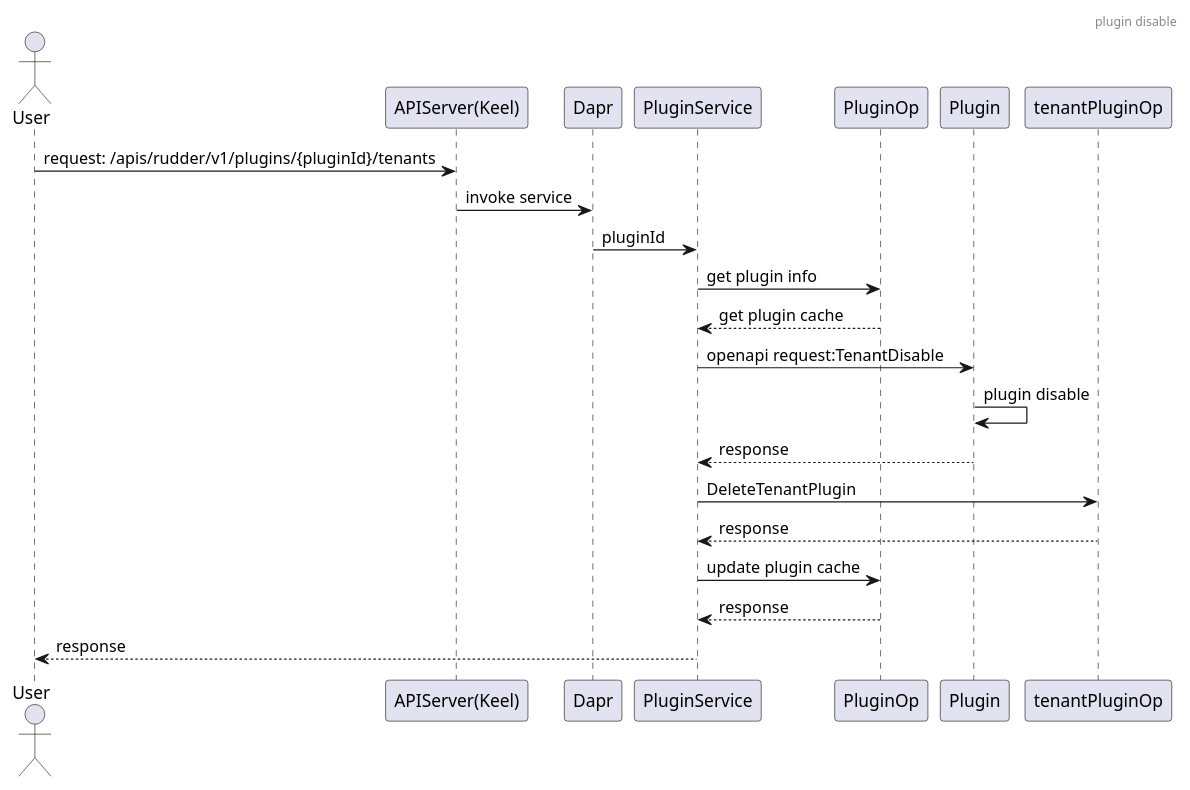
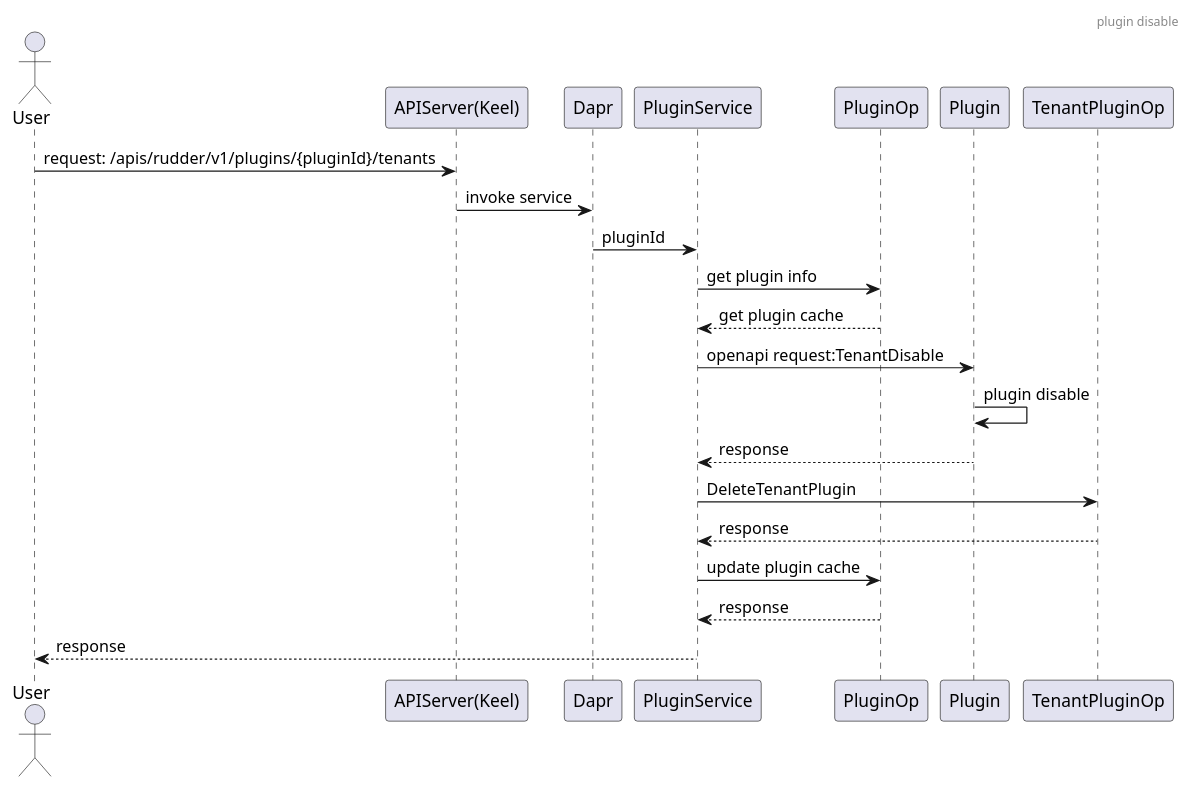
Before and after one commit to tkeel-io/docs: diagram 14 of 25 in docs/api/appendix/plantuml/rudder_revise.md, drawn with PlantUML. The commit also changed other lines of this file, not shown here.

````diff
--- a/docs/api/appendix/plantuml/rudder_revise.md
+++ b/docs/api/appendix/plantuml/rudder_revise.md
@@ -298,25 +321,27 @@
 ```plantuml
+@startuml
 header plugin disable
 
 actor User
 participant "APIServer(Keel)"  as Keel
 participant Dapr
 participant PluginService
 participant PluginOp
 participant Plugin
-participant tenantPluginOp
+participant TenantPluginOp
 
 User->Keel:request: /apis/rudder/v1/plugins/{pluginId}/tenants
 Keel->Dapr:invoke service
 Dapr->PluginService:pluginId
 PluginService->PluginOp:get plugin info
 PluginOp-->PluginService:get plugin cache
 PluginService->Plugin:openapi request:TenantDisable
 Plugin->Plugin:plugin disable
 Plugin-->PluginService:response
-PluginService->tenantPluginOp:DeleteTenantPlugin
-tenantPluginOp-->PluginService:response
+PluginService->TenantPluginOp:DeleteTenantPlugin
+TenantPluginOp-->PluginService:response
 PluginService->PluginOp:update plugin cache
 PluginOp-->PluginService:response
 PluginService-->User:response
+@enduml
 ```
````
